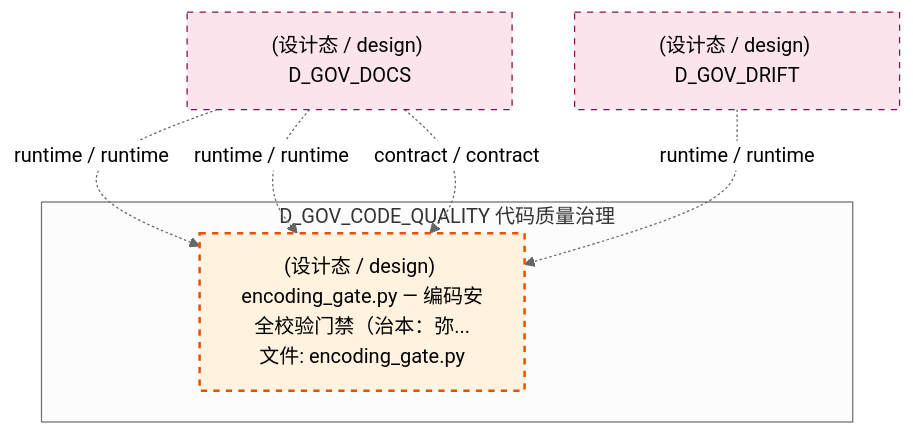
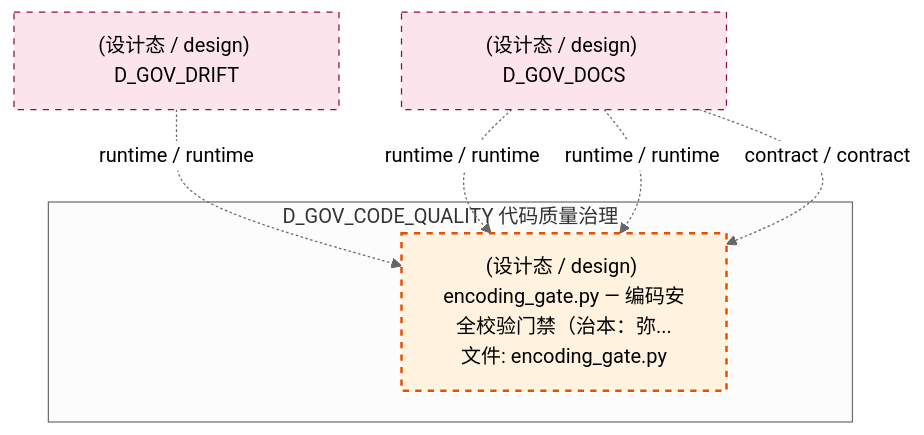
The seventh of 9 diagrams in docs/02_enterprise_architecture/02_domain_architecture_docs/16_d_gov_code_quality.md (xuanFelixVan/ZephyrAlpha), drawn with Mermaid (neutral theme) before and after one commit. The commit also changed other lines of this file and 126 other files, not shown here.

````diff
--- a/docs/02_enterprise_architecture/02_domain_architecture_docs/16_d_gov_code_quality.md
+++ b/docs/02_enterprise_architecture/02_domain_architecture_docs/16_d_gov_code_quality.md
@@ -707,18 +708,18 @@
 ```mermaid
 graph TD
     subgraph D_GOV_CODE_QUALITY["D_GOV_CODE_QUALITY 代码质量治理"]
         src_zephyr_gov_enforcement_commit_gates_encoding_gate_py["(设计态 / design) encoding_gate.py — 编码安全校验门禁（治本：弥...<br/>文件: encoding_gate.py"]
     end
     D_GOV_DOCS["(设计态 / design) D_GOV_DOCS"]
     D_GOV_DOCS -.->|runtime / runtime| src_zephyr_gov_enforcement_commit_gates_encoding_gate_py
-    D_GOV_DOCS -.->|runtime / runtime| src_zephyr_gov_enforcement_commit_gates_encoding_gate_py
     D_GOV_DRIFT["(设计态 / design) D_GOV_DRIFT"]
     D_GOV_DRIFT -.->|runtime / runtime| src_zephyr_gov_enforcement_commit_gates_encoding_gate_py
+    D_GOV_DOCS -.->|runtime / runtime| src_zephyr_gov_enforcement_commit_gates_encoding_gate_py
     D_GOV_DOCS -.->|contract / contract| src_zephyr_gov_enforcement_commit_gates_encoding_gate_py
     classDef production fill:#e1f5fe,stroke:#01579b,stroke-width:2px,color:#000
     classDef design fill:#fff3e0,stroke:#e65100,stroke-width:2px,color:#000,stroke-dasharray: 5 5
     classDef external_prod fill:#e8f5e9,stroke:#1b5e20,stroke-width:1px,color:#000
     classDef external_design fill:#fce4ec,stroke:#880e4f,stroke-width:1px,color:#000,stroke-dasharray: 5 5
     class src_zephyr_gov_enforcement_commit_gates_encoding_gate_py design
     class D_GOV_DOCS,D_GOV_DRIFT external_design
 ```
````
